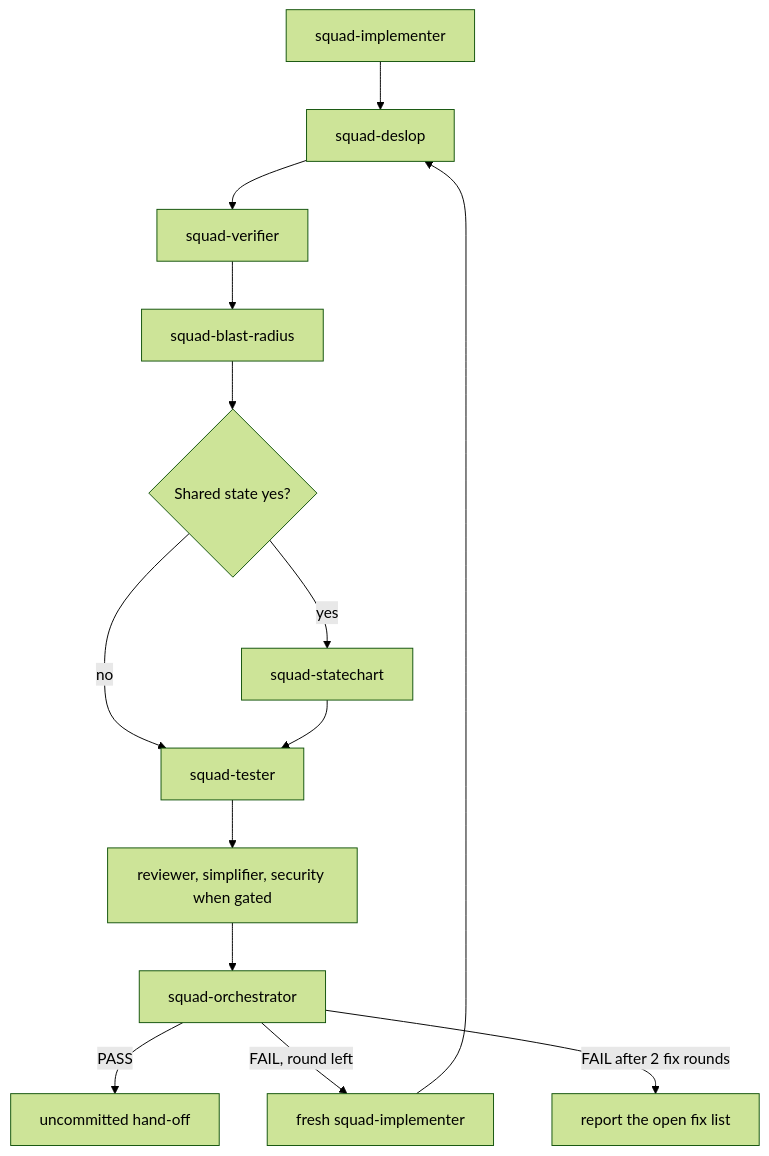
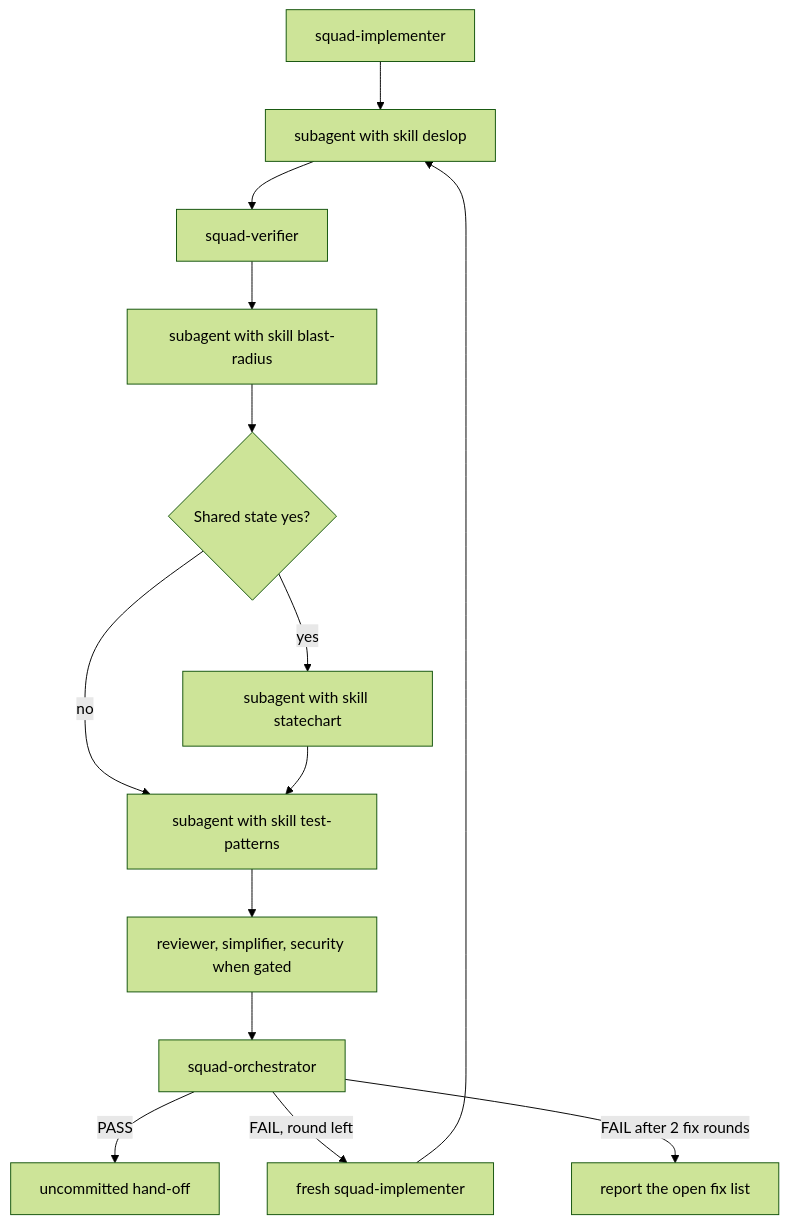
One commit to svennijhuis/agentPacks changed the first of 2 diagrams in docs/adr/0002-review-sequence.md. Above: the diagram before and after it, drawn with Mermaid (forest theme). The commit also changed other lines of this file and 20 other files, not shown here.

First line of the commit message:
squad: drop wrapper agents that only load a skill

````diff
--- a/docs/adr/0002-review-sequence.md
+++ b/docs/adr/0002-review-sequence.md
@@ -62,16 +61,16 @@
 ```mermaid
 flowchart TD
-  impl[squad-implementer] --> deslop[squad-deslop]
+  impl[squad-implementer] --> deslop[subagent with skill deslop]
   deslop --> ver[squad-verifier]
-  ver --> blast[squad-blast-radius]
+  ver --> blast[subagent with skill blast-radius]
   blast --> shared{Shared state yes?}
-  shared -->|yes| chart[squad-statechart]
-  shared -->|no| tester[squad-tester]
+  shared -->|yes| chart[subagent with skill statechart]
+  shared -->|no| tester[subagent with skill test-patterns]
   chart --> tester
   tester --> readers[reviewer, simplifier, security when gated]
   readers --> orch[squad-orchestrator]
   orch -->|PASS| hand[uncommitted hand-off]
   orch -->|FAIL, round left| fix[fresh squad-implementer]
   fix --> deslop
   orch -->|FAIL after 2 fix rounds| stop[report the open fix list]
 ```
````
